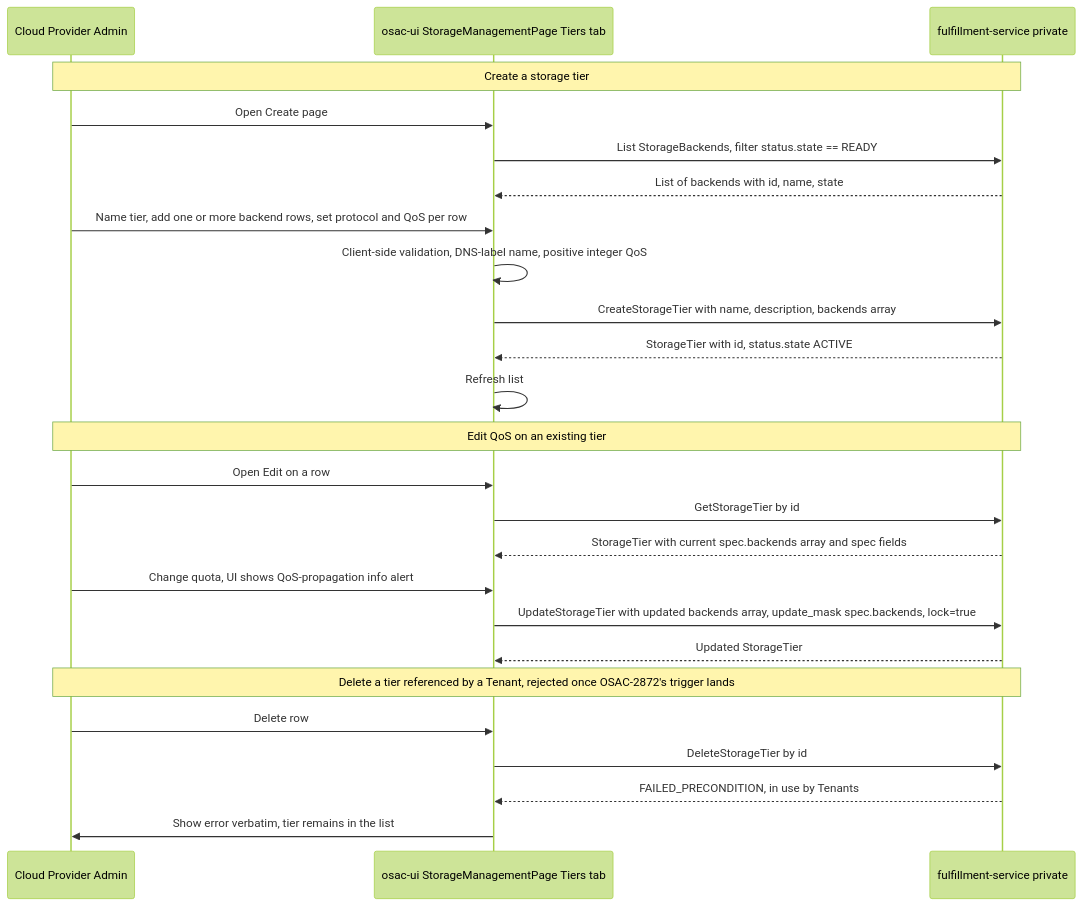
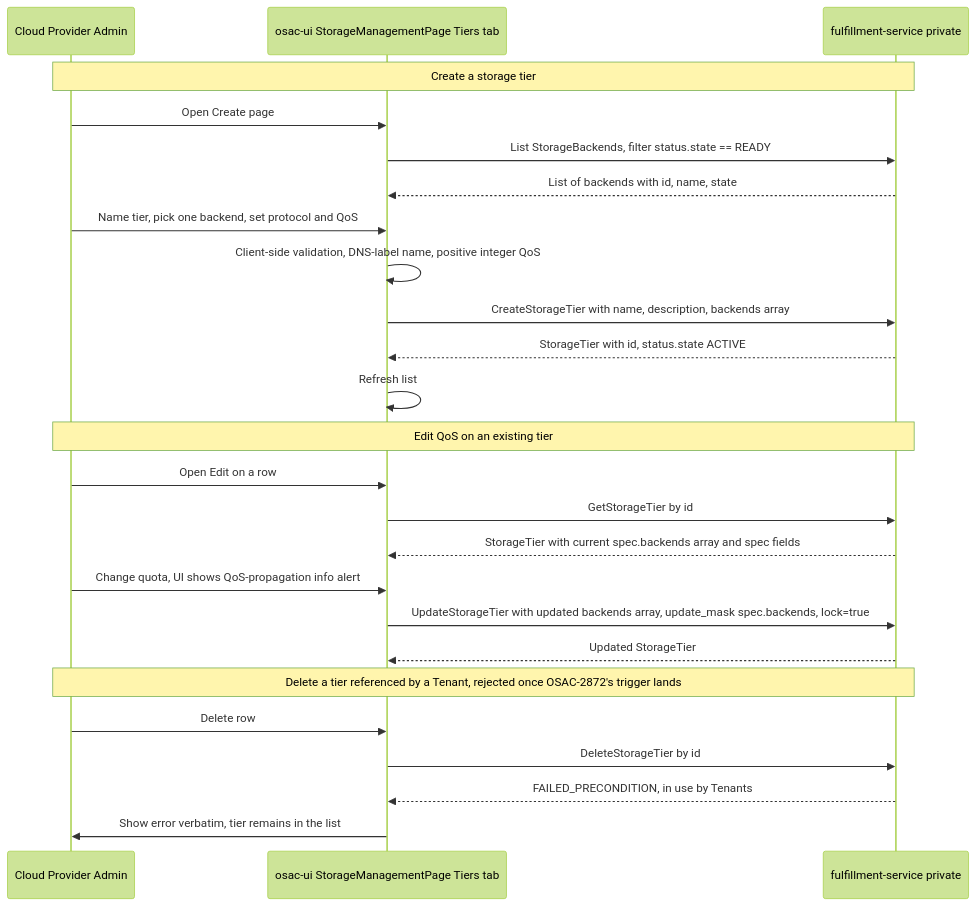
The second of 2 diagrams in enhancements/OSAC-1110-storage-tier/ui-design.md (osac-project/enhancement-proposals), drawn with Mermaid (forest theme) before and after one commit. The commit also changed other lines of this file, not shown here.

First line of the commit message:
OSAC-1110: scope tier-to-backend UI to single selection per call decision

````diff
--- a/enhancements/OSAC-1110-storage-tier/ui-design.md
+++ b/enhancements/OSAC-1110-storage-tier/ui-design.md
@@ -107,30 +110,30 @@
 ```mermaid
 sequenceDiagram
     participant Admin as Cloud Provider Admin
     participant UI as osac-ui StorageManagementPage Tiers tab
     participant FS as fulfillment-service private
 
     Note over Admin,FS: Create a storage tier
     Admin->>UI: Open Create page
     UI->>FS: List StorageBackends, filter status.state == READY
     FS-->>UI: List of backends with id, name, state
-    Admin->>UI: Name tier, add one or more backend rows, set protocol and QoS per row
+    Admin->>UI: Name tier, pick one backend, set protocol and QoS
     UI->>UI: Client-side validation, DNS-label name, positive integer QoS
     UI->>FS: CreateStorageTier with name, description, backends array
     FS-->>UI: StorageTier with id, status.state ACTIVE
     UI->>UI: Refresh list
 
     Note over Admin,FS: Edit QoS on an existing tier
     Admin->>UI: Open Edit on a row
     UI->>FS: GetStorageTier by id
     FS-->>UI: StorageTier with current spec.backends array and spec fields
     Admin->>UI: Change quota, UI shows QoS-propagation info alert
     UI->>FS: UpdateStorageTier with updated backends array, update_mask spec.backends, lock=true
     FS-->>UI: Updated StorageTier
 
     Note over Admin,FS: Delete a tier referenced by a Tenant, rejected once OSAC-2872's trigger lands
     Admin->>UI: Delete row
     UI->>FS: DeleteStorageTier by id
     FS-->>UI: FAILED_PRECONDITION, in use by Tenants
     UI->>Admin: Show error verbatim, tier remains in the list
 ```
````
